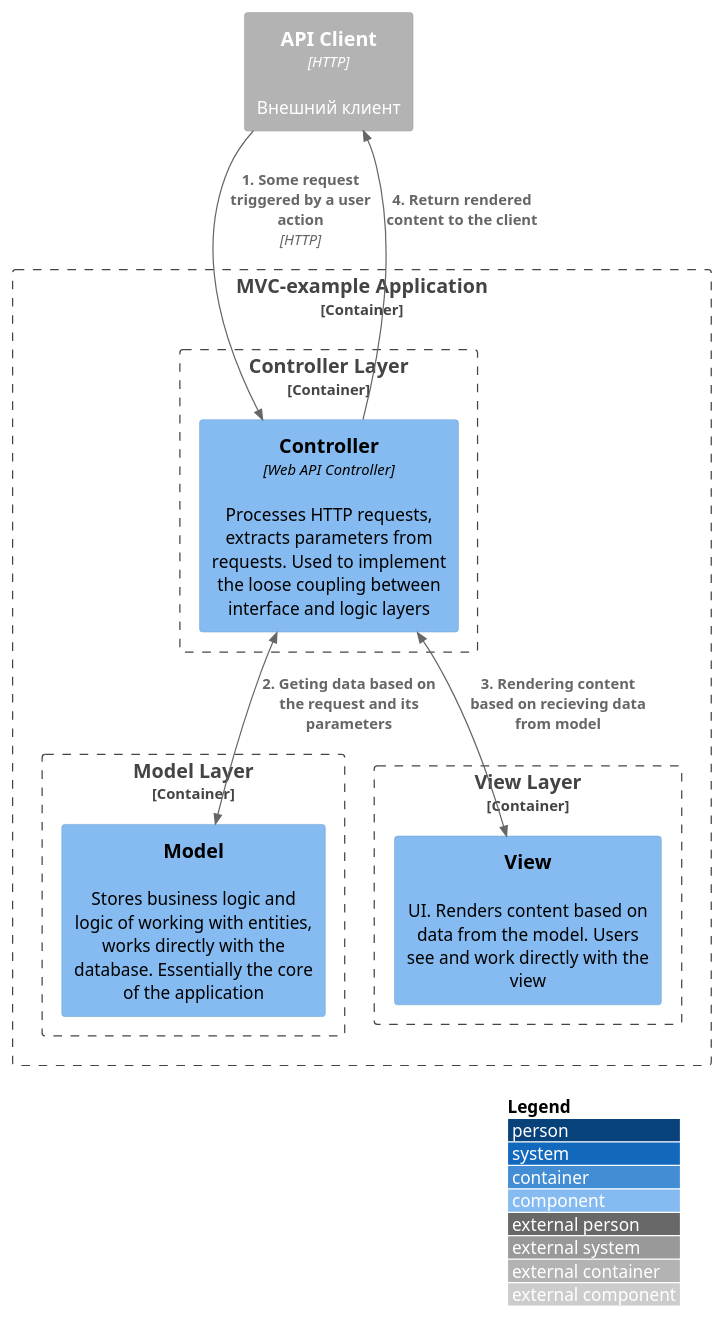
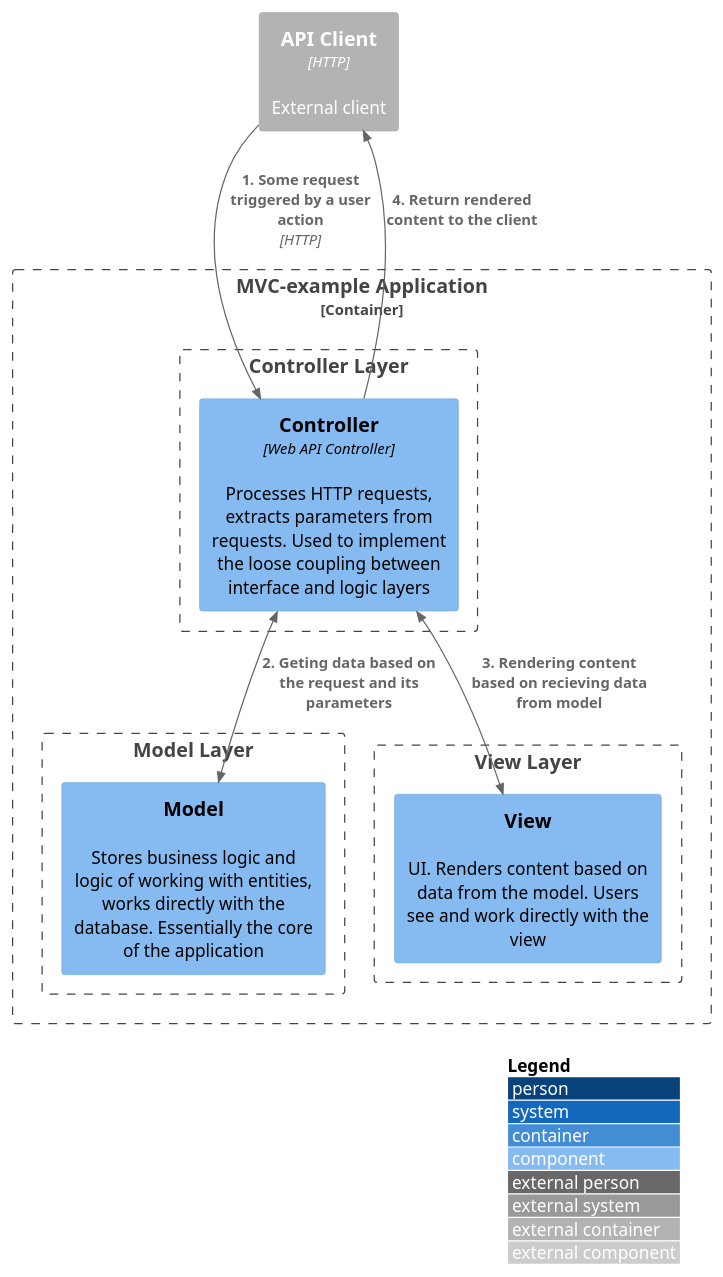
The diagram in umlSrc/mvc-component-diagram.iuml (Merkush1/MVC-example), drawn with PlantUML before and after one commit.

```diff
--- a/umlSrc/mvc-component-diagram.iuml
+++ b/umlSrc/mvc-component-diagram.iuml
@@ -1,24 +1,24 @@
 @startuml
 !include https://raw.githubusercontent.com/plantuml-stdlib/C4-PlantUML/master/C4_Component.puml
 LAYOUT_WITH_LEGEND()
 
-Container_Ext(client, "API Client", "HTTP", "Внешний клиент")
+Container_Ext(client, "API Client", "HTTP", "External client")
 
 Container_Boundary(mvc_app, "MVC-example Application") {
-    Container_Boundary(controller_layer, "Controller Layer") {
+    Boundary(controller_layer, "Controller Layer") {
         Component(controller, "Controller", "Web API Controller", "Processes HTTP requests, extracts parameters from requests. Used to implement the loose coupling between interface and logic layers")
     }
-    Container_Boundary(model_layer, "Model Layer") {
+    Boundary(model_layer, "Model Layer") {
         Component(model, "Model", "", "Stores business logic and logic of working with entities, works directly with the database. Essentially the core of the application")
     }
-    Container_Boundary(view_layer, "View Layer") {
+    Boundary(view_layer, "View Layer") {
         Component(view, "View", "", "UI. Renders content based on data from the model. Users see and work directly with the view")
     }
 
     Rel_D(client, controller, "1. Some request triggered by a user action", "HTTP")
     BiRel(controller, model, "2. Geting data based on the request and its parameters")
     BiRel(controller, view, "3. Rendering content based on recieving data from model")
     Rel_U(controller, client, "4. Return rendered content to the client")
 
 }
 @enduml
```
